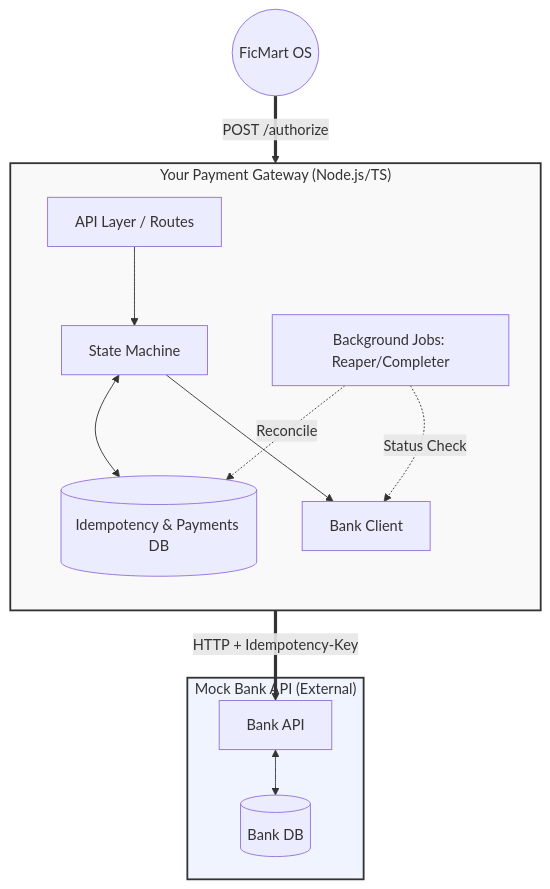
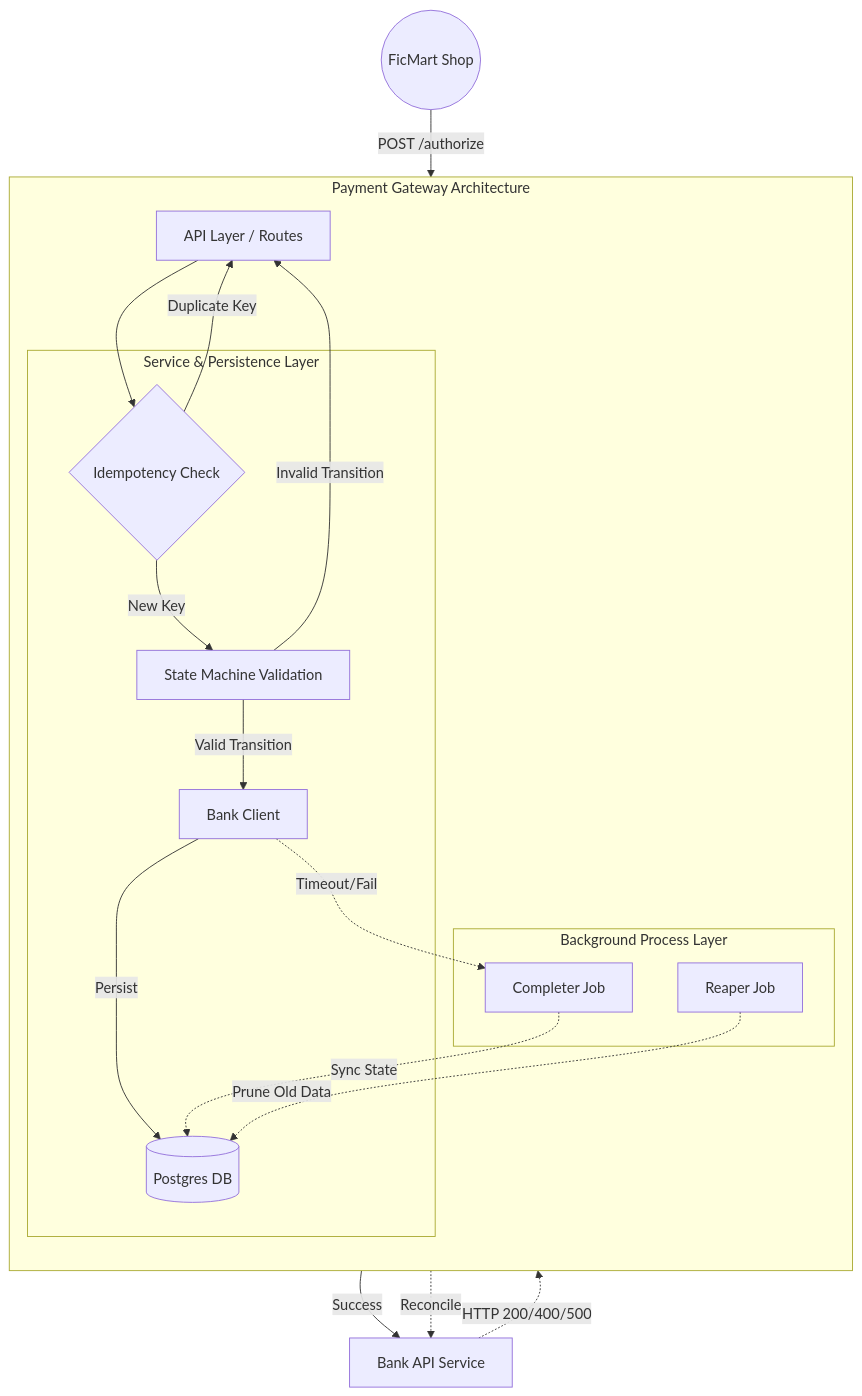
The second of 2 diagrams in README.md (ASANIYAN/payment-gateway), drawn with Mermaid before and after one commit.

Commit message:
ReadMe update

````diff
--- a/README.md
+++ b/README.md
@@ -337,31 +337,44 @@
 ```mermaid
 flowchart TB
-    OS((FicMart OS))
+    %% External Actors
+    Customer((FicMart Shop))
+    BankService[Bank API Service]
 
-    subgraph gateway["Your Payment Gateway (Node.js/TS)"]
+    subgraph Gateway [Payment Gateway Architecture]
         direction TB
         API[API Layer / Routes]
-        SM[State Machine]
-        IK[(Idempotency & Payments DB)]
-        Jobs[Background Jobs: Reaper/Completer]
-        BC[Bank Client]
 
-        API --> SM
-        SM <--> IK
-        Jobs -.->|Reconcile| IK
-        Jobs -.->|Status Check| BC
-        SM --> BC
+        subgraph Logic [Service & Persistence Layer]
+            IK{Idempotency Check}
+            SM[State Machine Validation]
+            DB[(Postgres DB)]
+            BC[Bank Client]
+        end
+
+        subgraph Background [Background Process Layer]
+            CJ[Completer Job]
+            RJ[Reaper Job]
+        end
     end
 
-    subgraph bank["Mock Bank API (External)"]
-        BA[Bank API]
-        BD[(Bank DB)]
-        BA <--> BD
-    end
+    %% Happy Path
+    Customer -->|POST /authorize| API
+    API --> IK
+    IK -->|New Key| SM
+    SM -->|Valid Transition| BC
+    BC -->|Success| BankService
+    BC -->|Persist| DB
 
-    OS ==>|"POST /authorize"| API
-    BC ==>|HTTP + Idempotency-Key| BA
+    %% Error Paths
+    IK -->|Duplicate Key| API
+    SM -->|Invalid Transition| API
+    BC -.->|Timeout/Fail| CJ
 
-    style gateway fill:#f9f9f9,stroke:#333,stroke-width:2px
-    style bank fill:#f0f4ff,stroke:#333,stroke-width:2px
+    %% Recovery Loop
+    CJ -.->|Reconcile| BankService
+    CJ -.->|Sync State| DB
+    RJ -.->|Prune Old Data| DB
+
+    %% External Connections
+    BankService -.->|HTTP 200/400/500| BC
 ```
````
